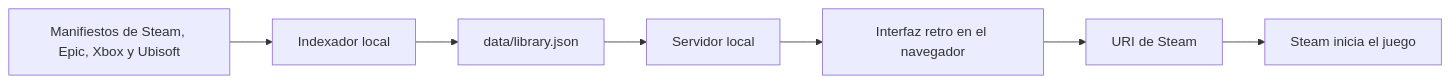
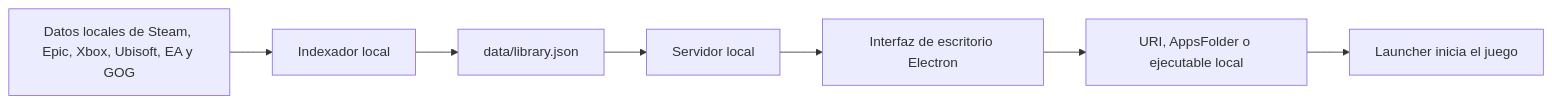
One commit to jmiguez78/games-meta-launcher changed the diagram in docs/arquitectura.md. Above: the diagram before and after it, drawn with Mermaid. The commit also changed other lines of this file and 5 other files, not shown here.

````diff
--- a/docs/arquitectura.md
+++ b/docs/arquitectura.md
@@ -7,9 +7,9 @@
 ```mermaid
 flowchart LR
-  A[Manifiestos de Steam, Epic, Xbox y Ubisoft] --> B[Indexador local]
+  A[Datos locales de Steam, Epic, Xbox, Ubisoft, EA y GOG] --> B[Indexador local]
   B --> C[data/library.json]
   C --> D[Servidor local]
-  D --> E[Interfaz retro en el navegador]
-  E --> F[URI de Steam]
-  F --> G[Steam inicia el juego]
+  D --> E[Interfaz de escritorio Electron]
+  E --> F[URI, AppsFolder o ejecutable local]
+  F --> G[Launcher inicia el juego]
 ```
````
